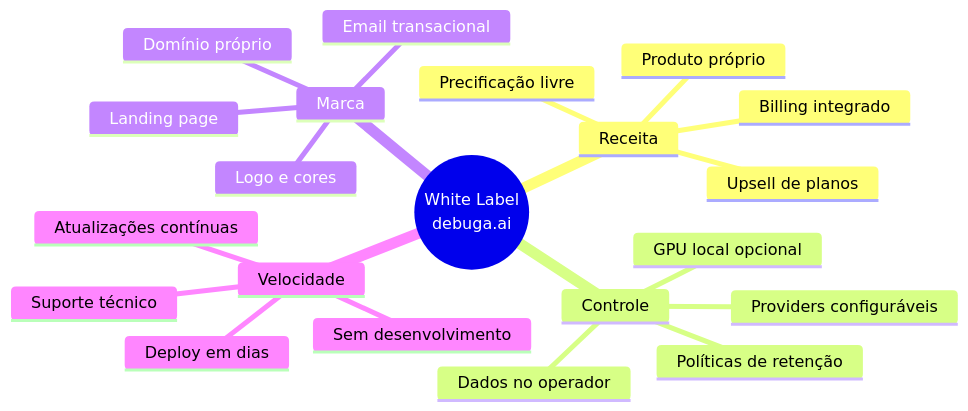
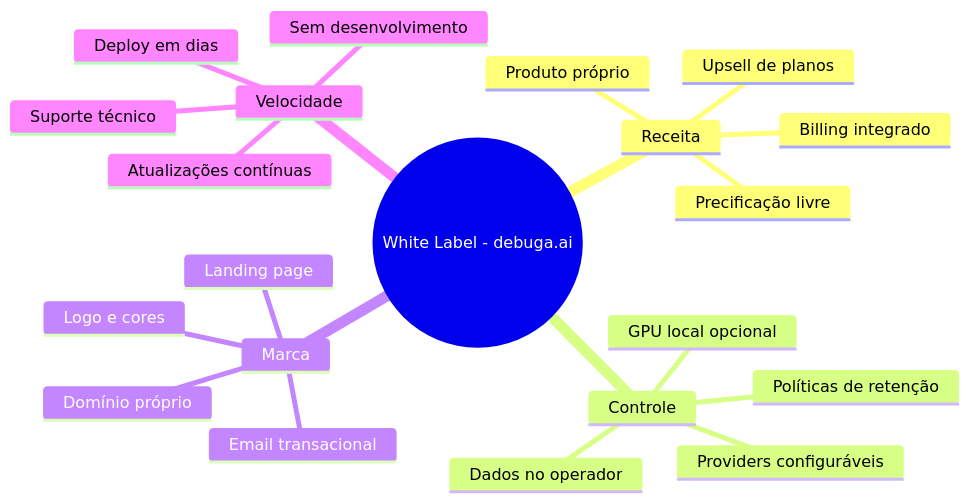
One commit to SperryTecnologia/debuga-ai changed the first of 7 diagrams in docs/WHITE_LABEL_OVERVIEW.md. Above: the diagram before and after it, drawn with Mermaid. The commit also changed other lines of this file and 213 other files, not shown here.

````diff
--- a/docs/WHITE_LABEL_OVERVIEW.md
+++ b/docs/WHITE_LABEL_OVERVIEW.md
@@ -19,24 +19,24 @@
 ```mermaid
 mindmap
-  root((White Label<br/>debuga.ai))
+  root((White Label - debuga.ai))
     Receita
       Produto próprio
       Precificação livre
       Billing integrado
       Upsell de planos
     Controle
       Dados no operador
       GPU local opcional
       Providers configuráveis
       Políticas de retenção
     Marca
       Domínio próprio
       Logo e cores
       Landing page
       Email transacional
     Velocidade
       Sem desenvolvimento
       Deploy em dias
       Atualizações contínuas
       Suporte técnico
 ```
````
